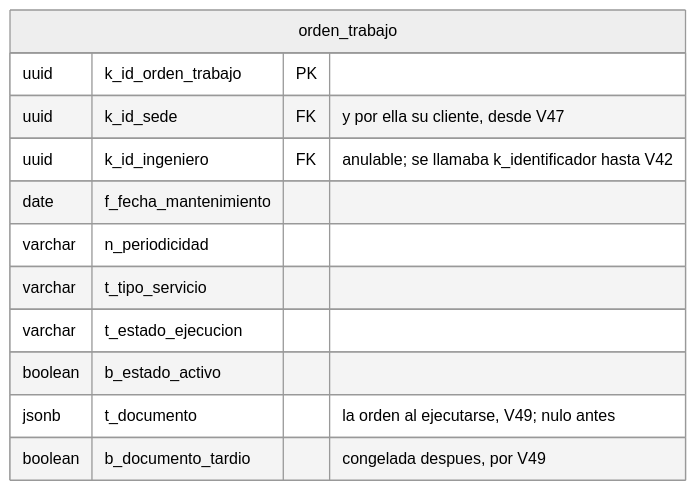
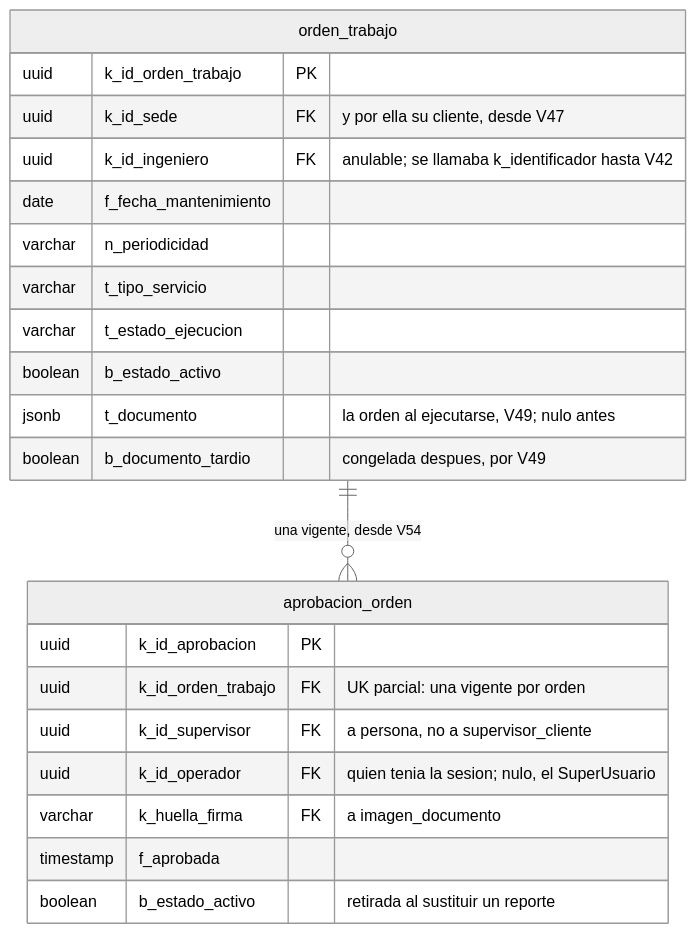
Before and after one commit to SeanBol222/MalphasOs: diagram 11 of 12 in SecondBrain/wiki/base-de-datos/esquema-bd-malphasos.md, drawn with Mermaid (neutral theme). The commit also changed other lines of this file and 5 other files, not shown here.

````diff
--- a/SecondBrain/wiki/base-de-datos/esquema-bd-malphasos.md
+++ b/SecondBrain/wiki/base-de-datos/esquema-bd-malphasos.md
@@ -712,15 +712,25 @@
 ```mermaid
 erDiagram
+    orden_trabajo ||--o{ aprobacion_orden : "una vigente, desde V54"
     orden_trabajo {
         uuid k_id_orden_trabajo PK
         uuid k_id_sede FK "y por ella su cliente, desde V47"
         uuid k_id_ingeniero FK "anulable; se llamaba k_identificador hasta V42"
         date f_fecha_mantenimiento
         varchar n_periodicidad
         varchar t_tipo_servicio
         varchar t_estado_ejecucion
         boolean b_estado_activo
         jsonb t_documento "la orden al ejecutarse, V49; nulo antes"
         boolean b_documento_tardio "congelada despues, por V49"
     }
+    aprobacion_orden {
+        uuid k_id_aprobacion PK
+        uuid k_id_orden_trabajo FK "UK parcial: una vigente por orden"
+        uuid k_id_supervisor FK "a persona, no a supervisor_cliente"
+        uuid k_id_operador FK "quien tenia la sesion; nulo, el SuperUsuario"
+        varchar k_huella_firma FK "a imagen_documento"
+        timestamp f_aprobada
+        boolean b_estado_activo "retirada al sustituir un reporte"
+    }
 ```
````
